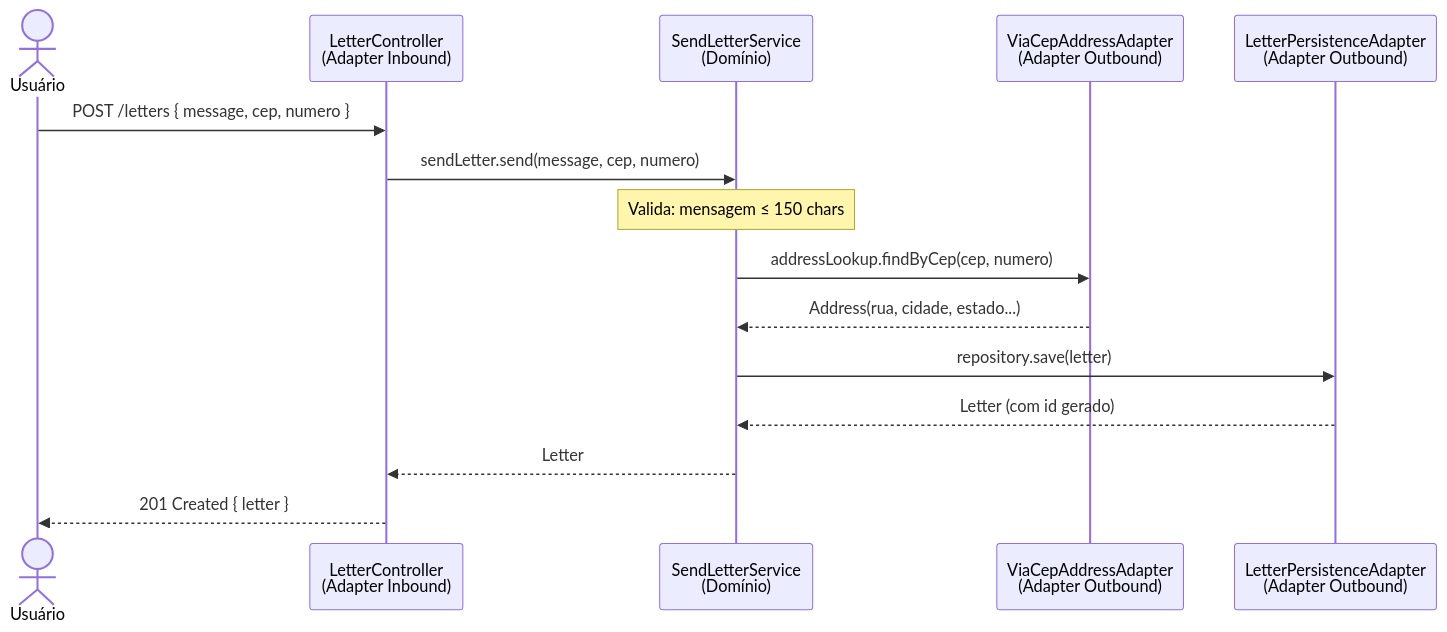
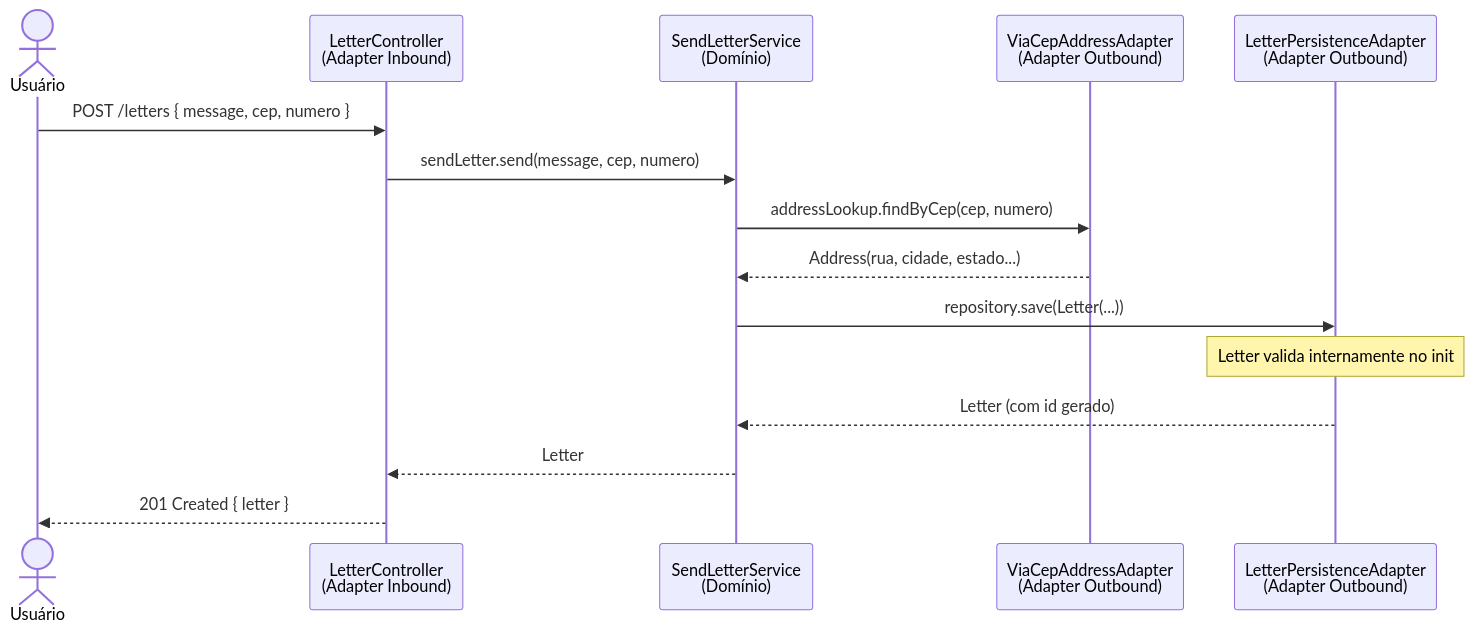
One commit to ramonmpacheco/hexagonal-101 changed the first of 2 diagrams in slides/07-fluxo.md. Above: the diagram before and after it, drawn with Mermaid. The commit also changed other lines of this file and 5 other files, not shown here.

````diff
--- a/slides/07-fluxo.md
+++ b/slides/07-fluxo.md
@@ -5,22 +5,21 @@
 ```mermaid
 sequenceDiagram
     actor User as Usuário
     participant CTRL as LetterController<br/>(Adapter Inbound)
     participant SRV as SendLetterService<br/>(Domínio)
     participant VIACEP as ViaCepAddressAdapter<br/>(Adapter Outbound)
     participant PERSIST as LetterPersistenceAdapter<br/>(Adapter Outbound)
 
     User->>CTRL: POST /letters { message, cep, numero }
     CTRL->>SRV: sendLetter.send(message, cep, numero)
 
-    note over SRV: Valida: mensagem ≤ 150 chars
-
     SRV->>VIACEP: addressLookup.findByCep(cep, numero)
     VIACEP-->>SRV: Address(rua, cidade, estado...)
 
-    SRV->>PERSIST: repository.save(letter)
+    SRV->>PERSIST: repository.save(Letter(...))
+    note over PERSIST: Letter valida internamente no init
     PERSIST-->>SRV: Letter (com id gerado)
 
     SRV-->>CTRL: Letter
     CTRL-->>User: 201 Created { letter }
 ```
````
